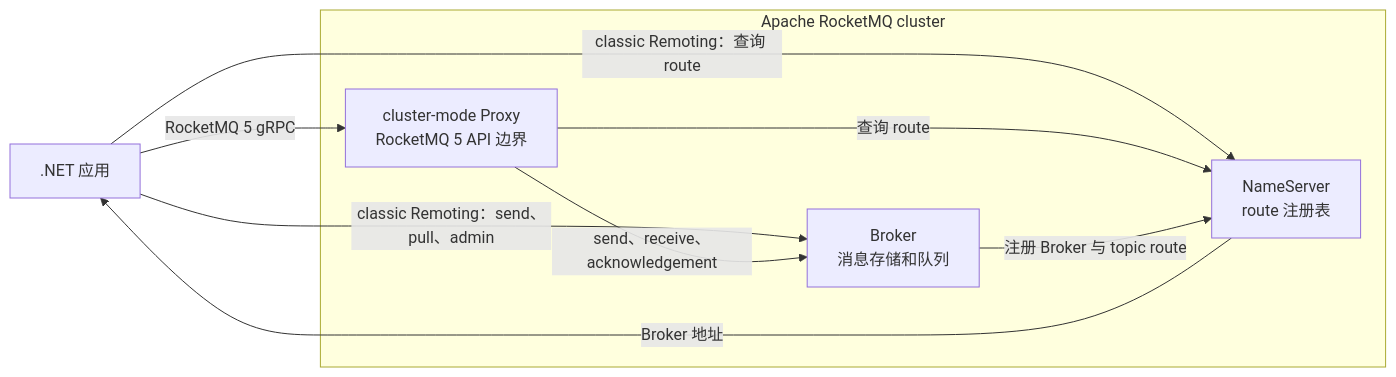
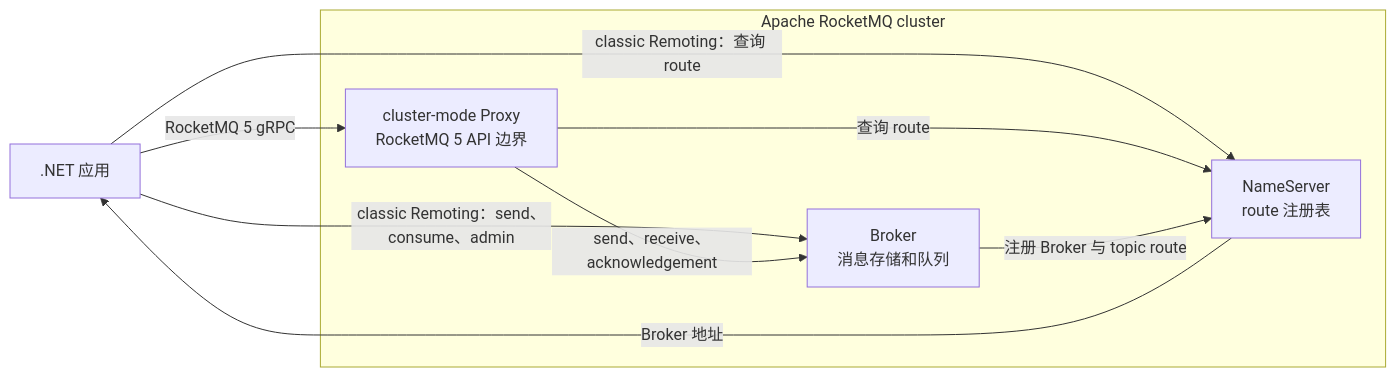
The first of 6 diagrams in docs/zh-CN/architecture/rocketmq-architecture.md (eventhorizon-cli/EventHorizon.RocketMQ), drawn with Mermaid before and after one commit. The commit also changed other lines of this file and 235 other files, not shown here.

````diff
--- a/docs/zh-CN/architecture/rocketmq-architecture.md
+++ b/docs/zh-CN/architecture/rocketmq-architecture.md
@@ -24,19 +24,19 @@
 ```mermaid
 flowchart LR
     application[".NET 应用"]
 
     subgraph rocketmq["Apache RocketMQ cluster"]
         nameserver["NameServer\nroute 注册表"]
         broker["Broker\n消息存储和队列"]
         proxy["cluster-mode Proxy\nRocketMQ 5 API 边界"]
     end
 
     application -->|"classic Remoting：查询 route"| nameserver
     nameserver -->|"Broker 地址"| application
-    application -->|"classic Remoting：send、pull、admin"| broker
+    application -->|"classic Remoting：send、consume、admin"| broker
 
     application -->|"RocketMQ 5 gRPC"| proxy
     proxy -->|"查询 route"| nameserver
     proxy -->|"send、receive、acknowledgement"| broker
     broker -->|"注册 Broker 与 topic route"| nameserver
 ```
````
